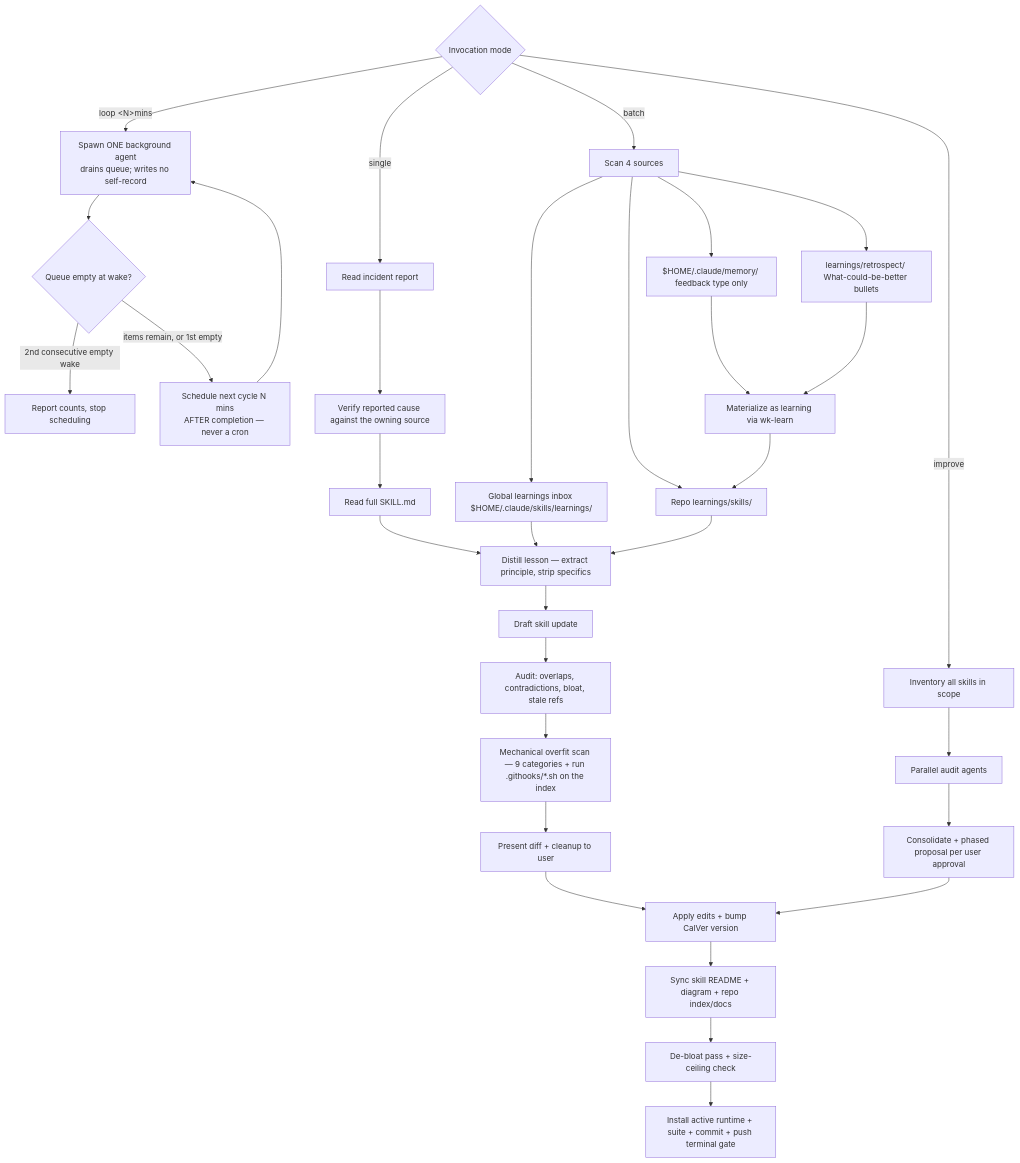
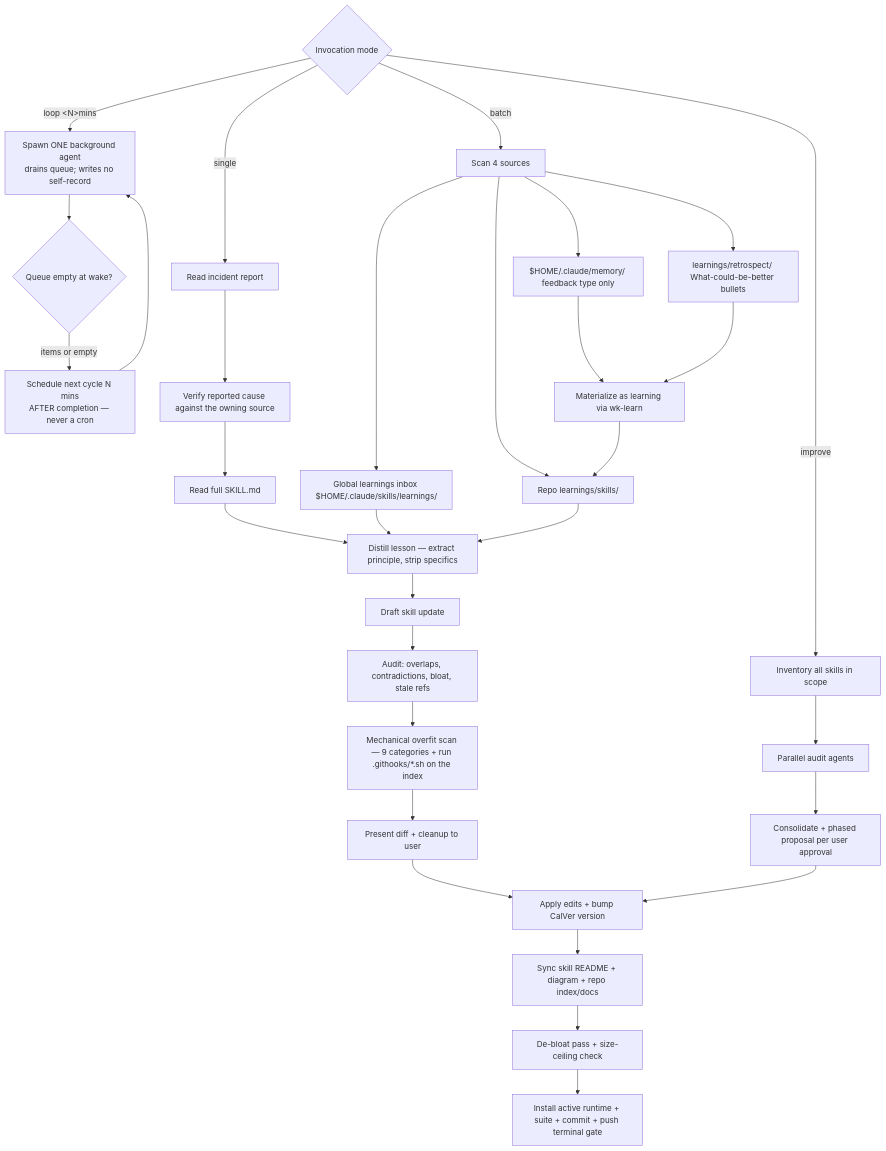
Before and after one commit to whizzzkid/skills: the diagram in skills/sharpen/README.md, drawn with Mermaid. The commit also changed other lines of this file and 2 other files, not shown here.

````diff
--- a/skills/sharpen/README.md
+++ b/skills/sharpen/README.md
@@ -16,33 +16,32 @@
 ```mermaid
 flowchart TD
     A{Invocation mode} -->|single| B[Read incident report]
     A -->|batch| G[Scan 4 sources]
     A -->|improve| K[Inventory all skills in scope]
     A -->|"loop &lt;N&gt;mins"| N1["Spawn ONE background agent<br/>drains queue; writes no self-record"]
     N1 --> N2{"Queue empty at wake?"}
-    N2 -->|"2nd consecutive empty wake"| N4["Report counts, stop scheduling"]
-    N2 -->|"items remain, or 1st empty"| N3["Schedule next cycle N mins<br/>AFTER completion — never a cron"]
+    N2 -->|"items or empty"| N3["Schedule next cycle N mins<br/>AFTER completion — never a cron"]
     N3 --> N1
     B --> B2[Verify reported cause against the owning source]
     B2 --> C[Read full SKILL.md]
     C --> D[Distill lesson — extract principle, strip specifics]
     D --> E[Draft skill update]
     E --> F[Audit: overlaps, contradictions, bloat, stale refs]
     F --> F2[Mechanical overfit scan — 9 categories + run .githooks/*.sh on the index]
     F2 --> P[Present diff + cleanup to user]
     P --> Q[Apply edits + bump CalVer version]
     Q --> Q2[Sync skill README + diagram + repo index/docs]
     Q2 --> R[De-bloat pass + size-ceiling check]
     R --> S["Install active runtime + suite + commit + push terminal gate"]
     G --> G1[Global learnings inbox $HOME/.claude/skills/learnings/]
     G --> G2[Repo learnings/skills/]
     G --> G3[$HOME/.claude/memory/ feedback type only]
     G --> G4[learnings/retrospect/ What-could-be-better bullets]
     G3 --> GM[Materialize as learning via wk-learn]
     G4 --> GM
     GM --> G2
     G1 & G2 --> D
     K --> L[Parallel audit agents]
     L --> M[Consolidate + phased proposal per user approval]
     M --> Q
 ```
````
